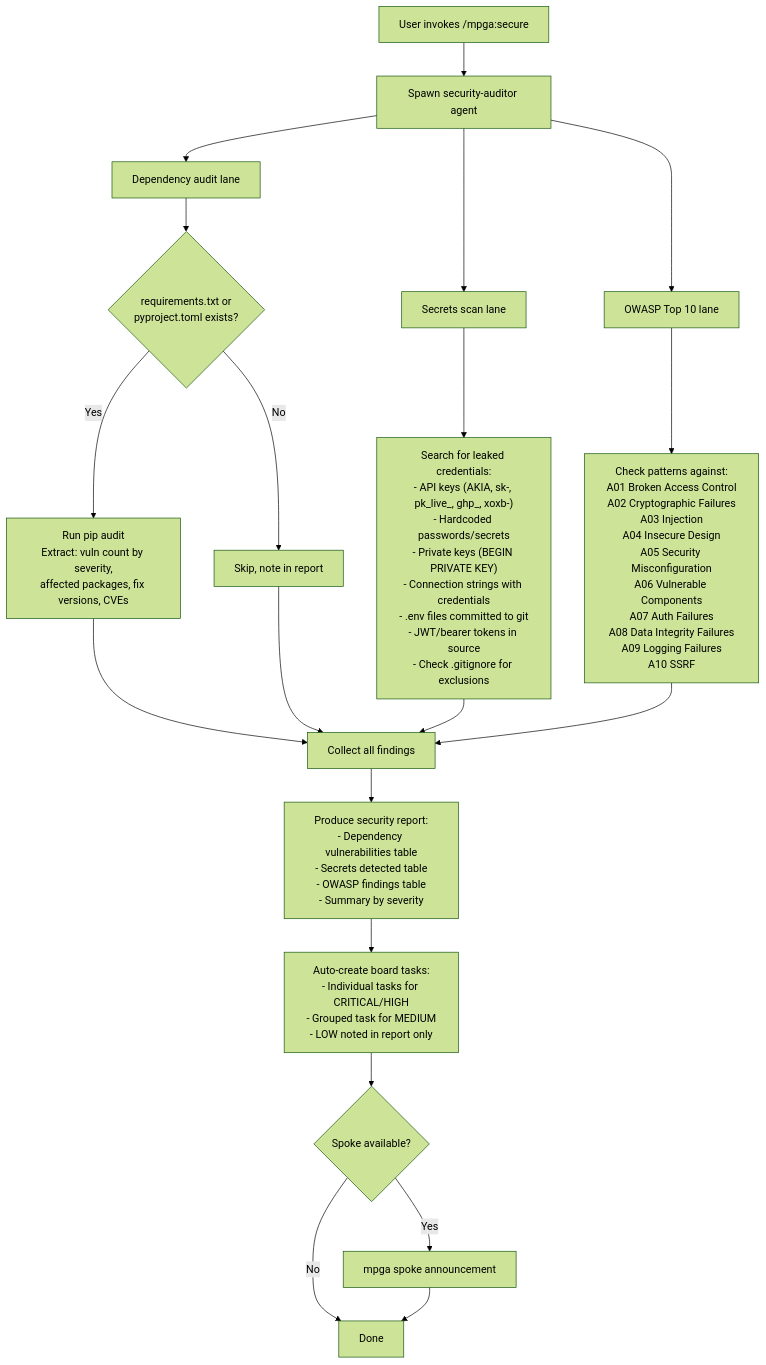
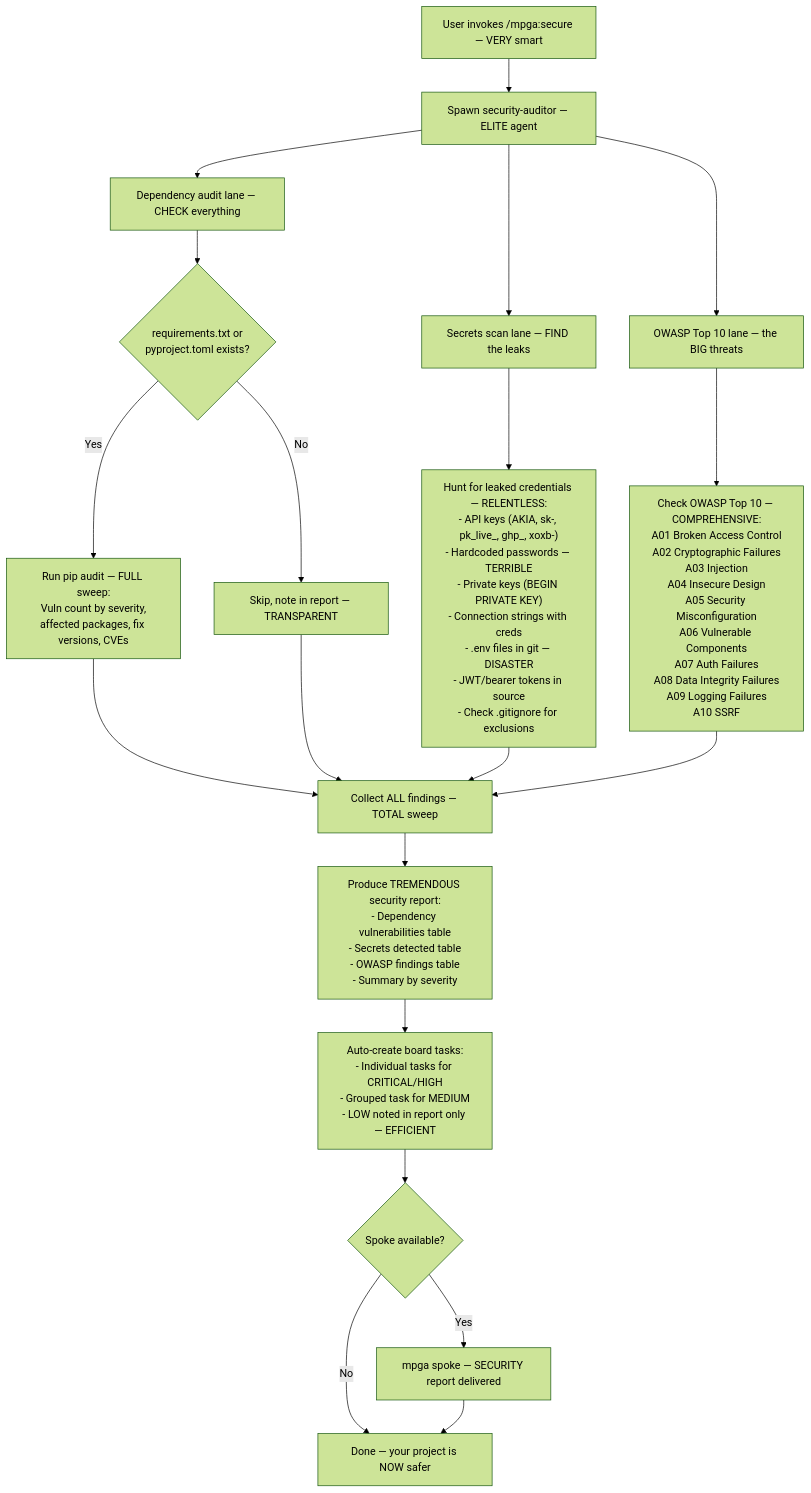
One commit to benrben/MPGA changed the diagram in docs/diagrams/skills/secure.md. Above: the diagram before and after it, drawn with Mermaid (forest theme). The commit also changed other lines of this file and 28 other files, not shown here.

First line of the commit message:
style: Trumpify all workflow diagrams — TREMENDOUS Mermaid charts

````diff
--- a/docs/diagrams/skills/secure.md
+++ b/docs/diagrams/skills/secure.md
@@ -5,30 +5,30 @@
 ```mermaid
 flowchart TD
-    A[User invokes /mpga:secure] --> B[Spawn security-auditor agent]
+    A[User invokes /mpga:secure — VERY smart] --> B[Spawn security-auditor — ELITE agent]
 
-    B --> C[Dependency audit lane]
-    B --> D[Secrets scan lane]
-    B --> E[OWASP Top 10 lane]
+    B --> C[Dependency audit lane — CHECK everything]
+    B --> D[Secrets scan lane — FIND the leaks]
+    B --> E[OWASP Top 10 lane — the BIG threats]
 
     C --> F{"requirements.txt or\npyproject.toml exists?"}
-    F -->|Yes| G["Run pip audit\nExtract: vuln count by severity,\naffected packages, fix versions, CVEs"]
-    F -->|No| H[Skip, note in report]
+    F -->|Yes| G["Run pip audit — FULL sweep:\nVuln count by severity,\naffected packages, fix versions, CVEs"]
+    F -->|No| H[Skip, note in report — TRANSPARENT]
 
-    D --> I["Search for leaked credentials:\n- API keys (AKIA, sk-, pk_live_, ghp_, xoxb-)\n- Hardcoded passwords/secrets\n- Private keys (BEGIN PRIVATE KEY)\n- Connection strings with credentials\n- .env files committed to git\n- JWT/bearer tokens in source\n- Check .gitignore for exclusions"]
+    D --> I["Hunt for leaked credentials — RELENTLESS:\n- API keys (AKIA, sk-, pk_live_, ghp_, xoxb-)\n- Hardcoded passwords — TERRIBLE\n- Private keys (BEGIN PRIVATE KEY)\n- Connection strings with creds\n- .env files in git — DISASTER\n- JWT/bearer tokens in source\n- Check .gitignore for exclusions"]
 
-    E --> J["Check patterns against:\nA01 Broken Access Control\nA02 Cryptographic Failures\nA03 Injection\nA04 Insecure Design\nA05 Security Misconfiguration\nA06 Vulnerable Components\nA07 Auth Failures\nA08 Data Integrity Failures\nA09 Logging Failures\nA10 SSRF"]
+    E --> J["Check OWASP Top 10 — COMPREHENSIVE:\nA01 Broken Access Control\nA02 Cryptographic Failures\nA03 Injection\nA04 Insecure Design\nA05 Security Misconfiguration\nA06 Vulnerable Components\nA07 Auth Failures\nA08 Data Integrity Failures\nA09 Logging Failures\nA10 SSRF"]
 
-    G --> K[Collect all findings]
+    G --> K[Collect ALL findings — TOTAL sweep]
     H --> K
     I --> K
     J --> K
 
-    K --> L["Produce security report:\n- Dependency vulnerabilities table\n- Secrets detected table\n- OWASP findings table\n- Summary by severity"]
+    K --> L["Produce TREMENDOUS security report:\n- Dependency vulnerabilities table\n- Secrets detected table\n- OWASP findings table\n- Summary by severity"]
 
-    L --> M["Auto-create board tasks:\n- Individual tasks for CRITICAL/HIGH\n- Grouped task for MEDIUM\n- LOW noted in report only"]
+    L --> M["Auto-create board tasks:\n- Individual tasks for CRITICAL/HIGH\n- Grouped task for MEDIUM\n- LOW noted in report only — EFFICIENT"]
 
     M --> N{Spoke available?}
-    N -->|Yes| O[mpga spoke announcement]
-    N -->|No| P[Done]
+    N -->|Yes| O[mpga spoke — SECURITY report delivered]
+    N -->|No| P[Done — your project is NOW safer]
     O --> P
 ```
````
